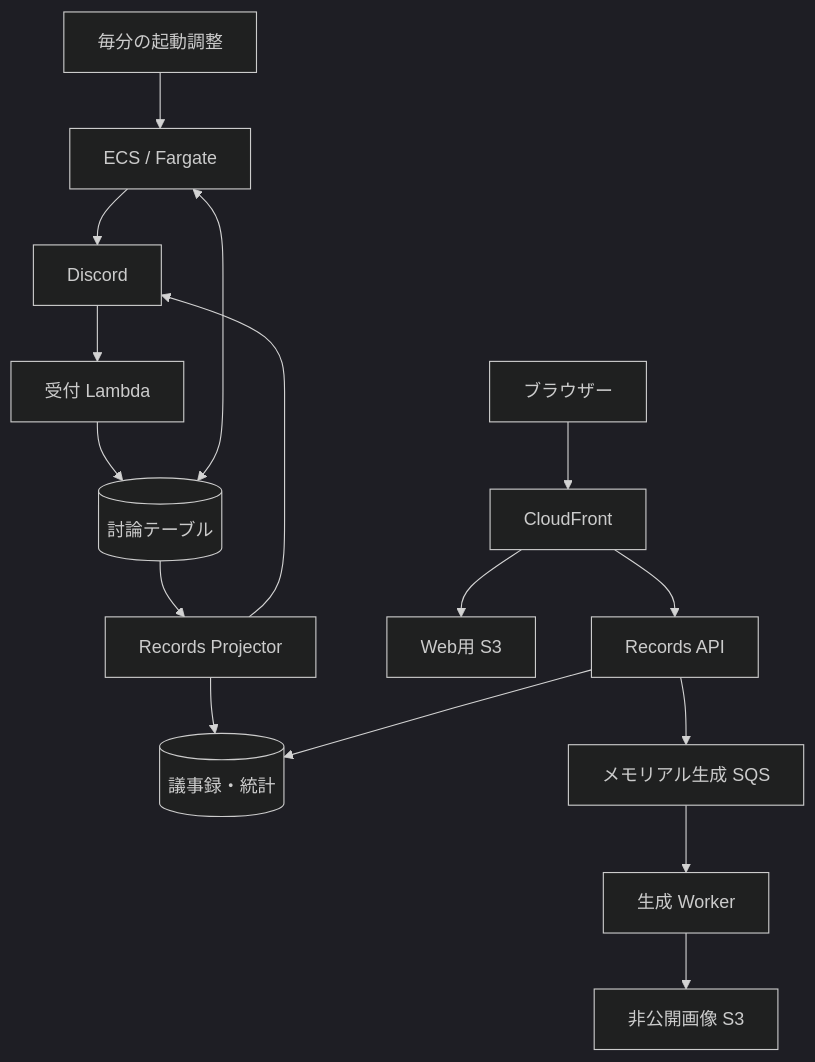
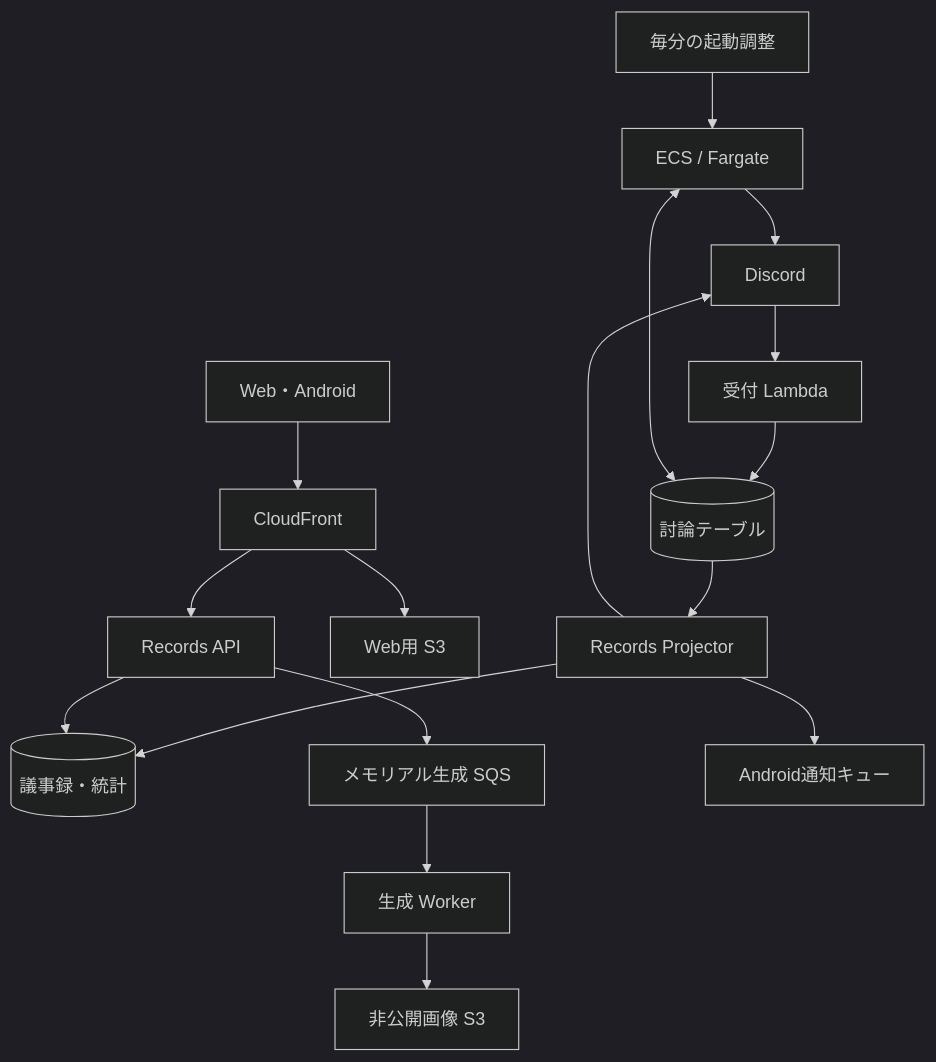
One commit to pitekusu/shittim-chest changed the diagram in docs/14_AWS・CDK詳細設計.md. Above: the diagram before and after it, drawn with Mermaid (dark theme). The commit also changed other lines of this file and 23 other files, not shown here.

````diff
--- a/docs/14_AWS・CDK詳細設計.md
+++ b/docs/14_AWS・CDK詳細設計.md
@@ -27,18 +23,19 @@
 ```mermaid
 flowchart TD
   discord[Discord] --> ingress[受付 Lambda]
   ingress --> source[(討論テーブル)]
   scheduler[毎分の起動調整] --> ecs[ECS / Fargate]
   ecs <--> source
   ecs --> discord
   source --> projector[Records Projector]
   projector --> records[(議事録・統計)]
   projector --> discord
-  browser[ブラウザー] --> edge[CloudFront]
+  client[Web・Android] --> edge[CloudFront]
   edge --> web[Web用 S3]
   edge --> api[Records API]
   api --> records
   api --> queue[メモリアル生成 SQS]
   queue --> worker[生成 Worker]
   worker --> media[非公開画像 S3]
+  projector --> push[Android通知キュー]
 ```
````
